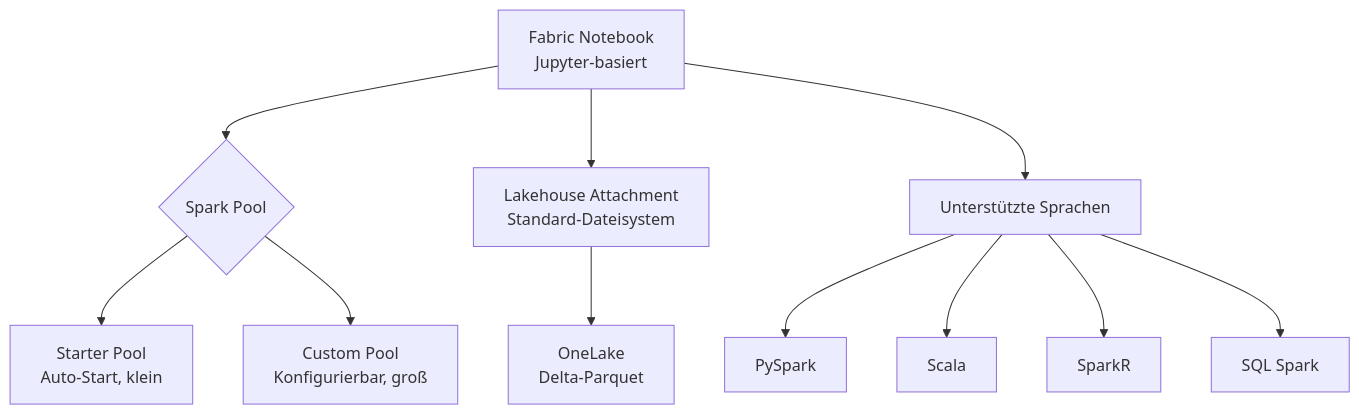
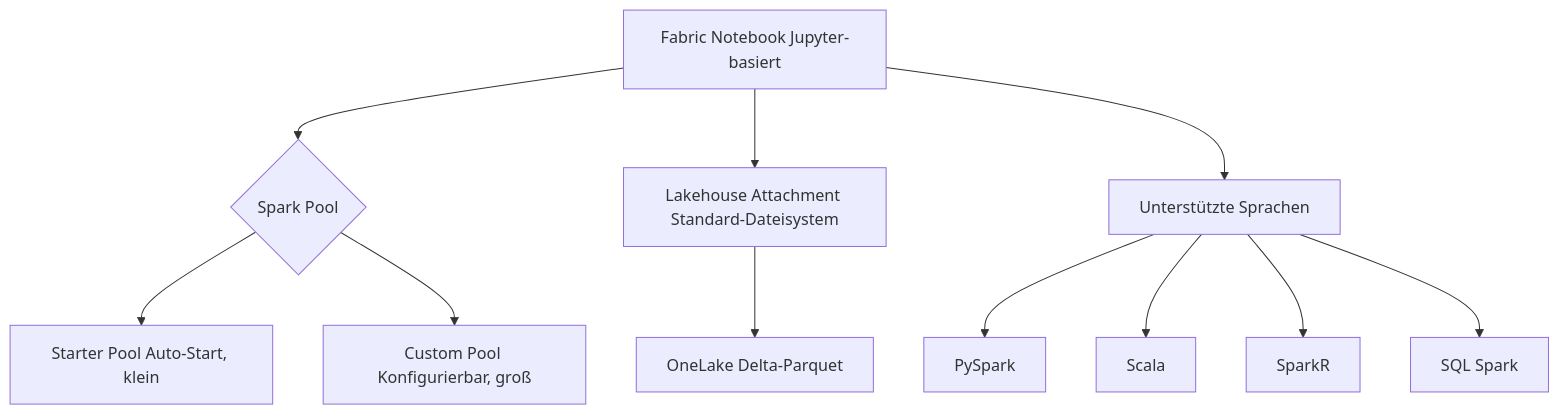
Before and after one commit to SoniiiT/notes-n-docs: the first of 5 diagrams in Microsoft 365/Azure/Fabric/Fabric Notebooks und Spark.md, drawn with Mermaid. The commit also changed other lines of this file and 124 other files, not shown here.

First line of the commit message:
fix: Entferne \n aus allen Mermaid-Diagrammen (125 Dateien)

````diff
--- a/Microsoft 365/Azure/Fabric/Fabric Notebooks und Spark.md
+++ b/Microsoft 365/Azure/Fabric/Fabric Notebooks und Spark.md
@@ -29,13 +29,13 @@
 ```mermaid
 graph TD
-    A[Fabric Notebook\nJupyter-basiert] --> B{Spark Pool}
-    B --> C[Starter Pool\nAuto-Start, klein]
-    B --> D[Custom Pool\nKonfigurierbar, groß]
-    A --> E[Lakehouse Attachment\nStandard-Dateisystem]
-    E --> F[OneLake\nDelta-Parquet]
+    A[Fabric Notebook Jupyter-basiert] --> B{Spark Pool}
+    B --> C[Starter Pool Auto-Start, klein]
+    B --> D[Custom Pool Konfigurierbar, groß]
+    A --> E[Lakehouse Attachment Standard-Dateisystem]
+    E --> F[OneLake Delta-Parquet]
     A --> G[Unterstützte Sprachen]
     G --> H[PySpark]
     G --> I[Scala]
     G --> J[SparkR]
     G --> K[SQL Spark]
 ```
````
